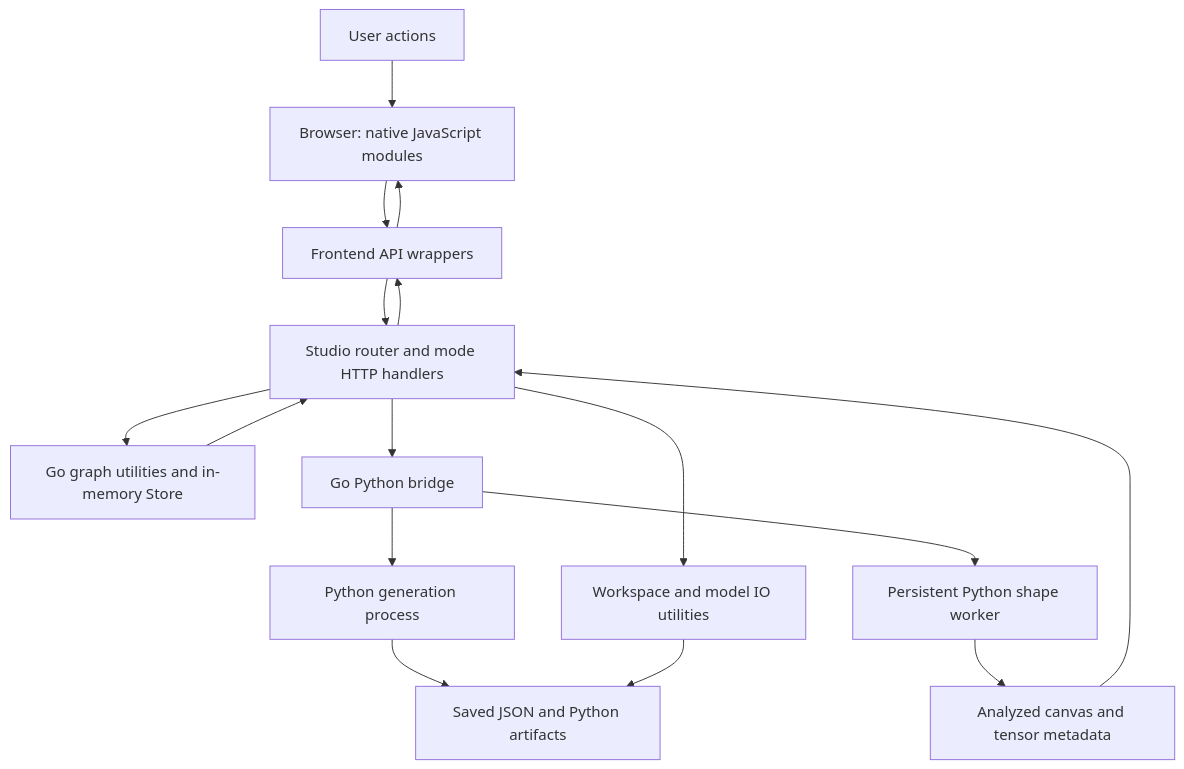
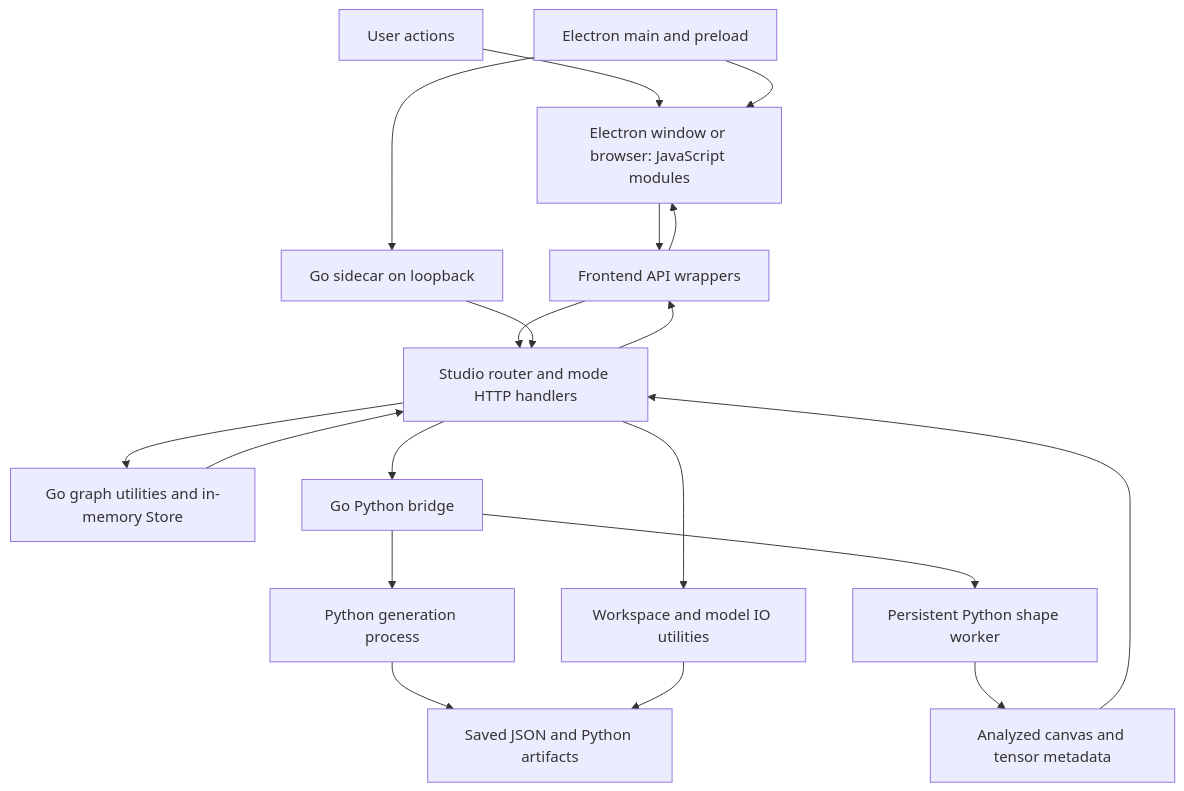
One commit to hoanganhvt/Ein-Theater changed the first of 3 diagrams in document.md. Above: the diagram before and after it, drawn with Mermaid. The commit also changed other lines of this file and 38 other files, not shown here.

````diff
--- a/document.md
+++ b/document.md
@@ -14,18 +15,21 @@
 ```mermaid
 flowchart TD
-    User[User actions] --> UI[Browser: native JavaScript modules]
+    User[User actions] --> UI[Electron window or browser: JavaScript modules]
+    Desktop[Electron main and preload] --> UI
+    Desktop --> Sidecar[Go sidecar on loopback]
     UI --> API[Frontend API wrappers]
     API --> HTTP[Studio router and mode HTTP handlers]
+    Sidecar --> HTTP
     HTTP --> Graph[Go graph utilities and in-memory Store]
     HTTP --> Files[Workspace and model IO utilities]
     HTTP --> Bridge[Go Python bridge]
     Bridge --> Shapes[Persistent Python shape worker]
     Bridge --> Save[Python generation process]
     Shapes --> Result[Analyzed canvas and tensor metadata]
     Result --> HTTP
     Save --> Disk[Saved JSON and Python artifacts]
     Files --> Disk
     Graph --> HTTP
     HTTP --> API
     API --> UI
 ```
````
